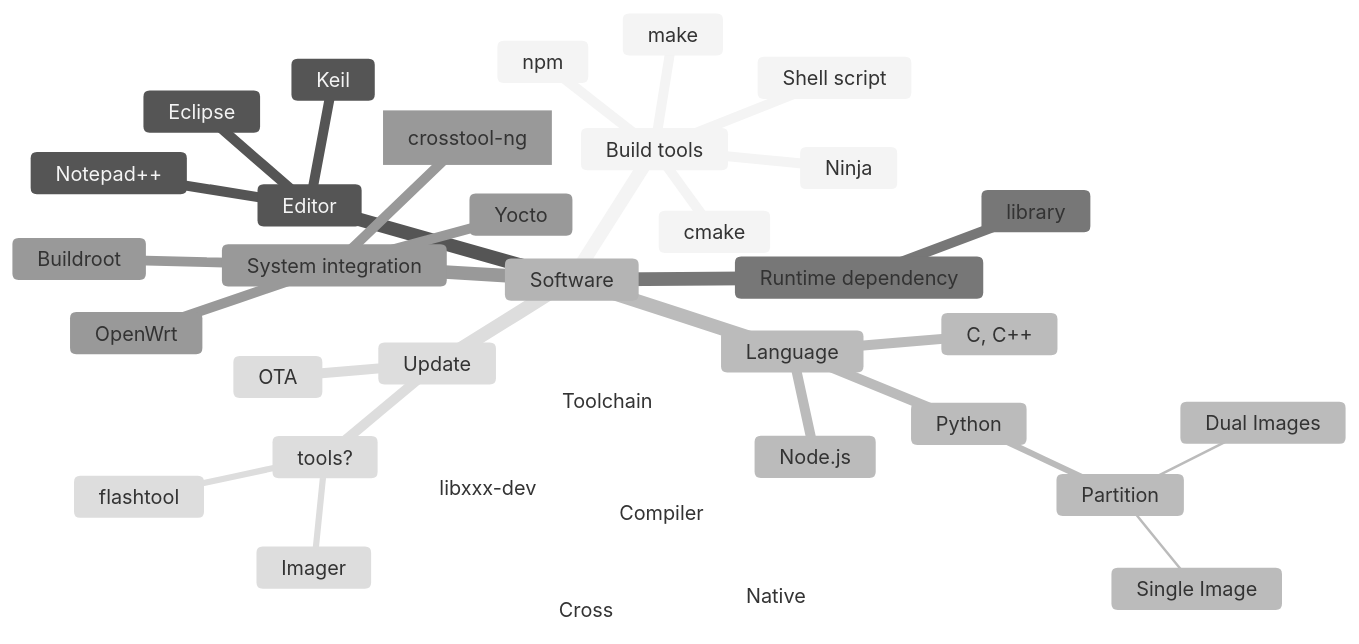
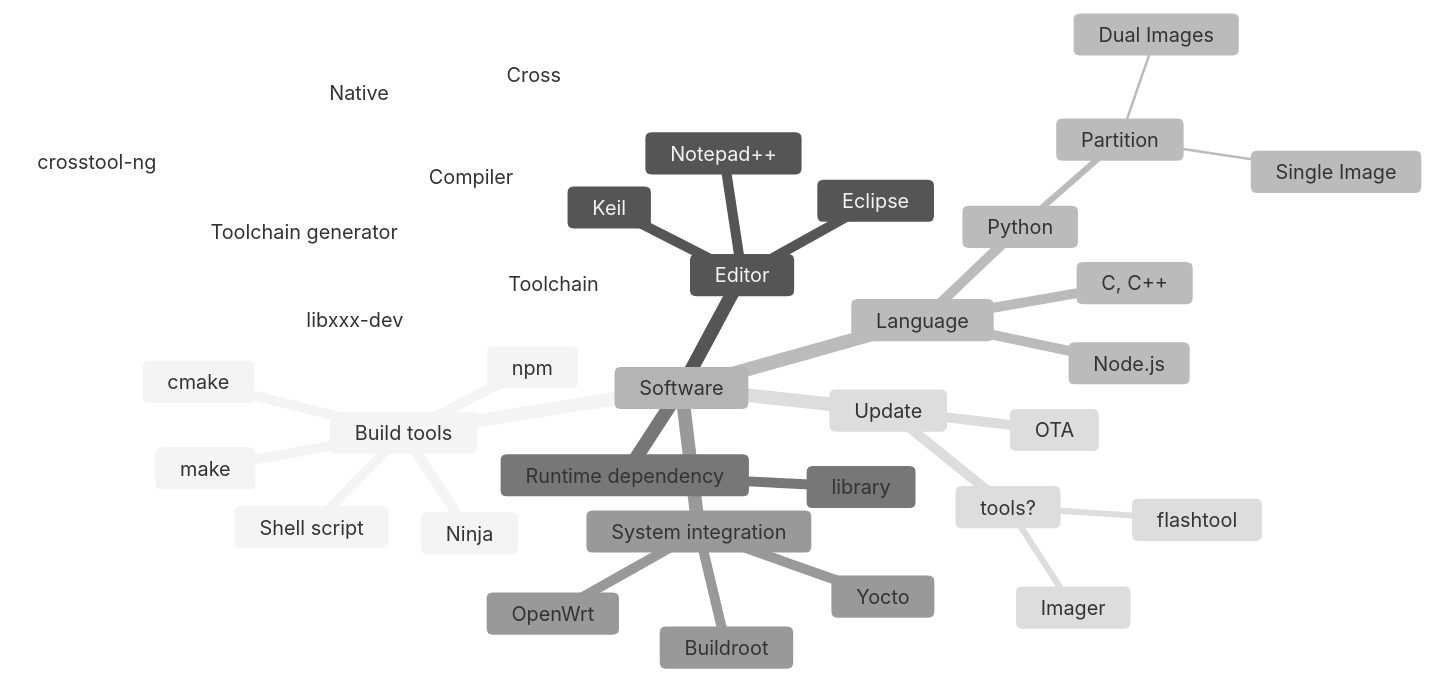
The third of 5 diagrams in helper_SDKAndCodebase.md (lankahsu520/HelperX), drawn with Mermaid (neutral theme) before and after one commit.

Commit message:
update helper_SDKAndCodebase.md, 1.2. Software

````diff
--- a/helper_SDKAndCodebase.md
+++ b/helper_SDKAndCodebase.md
@@ -86,38 +86,39 @@
 ```mermaid
 mindmap
 	Software
 		Build tools
 			make
 			cmake
 			Shell script
 			Ninja
 			npm
 		Editor
 			Notepad++
 			Keil
 			Eclipse
 		Language
 			C, C++
 			Node.js
 			Python
     Partition
       Dual Images
       Single Image
 		Runtime dependency
 			library
 		System integration
 			Buildroot
 			OpenWrt
 			Yocto
-			crosstool[crosstool-ng]
 		Update
       OTA
 			tools?
 				flashtool
 				Imager
 		Toolchain
+			Toolchain generator
+				crosstool[crosstool-ng]
 			Compiler
 				Cross
 				Native
 			[libxxx-dev]
 ```
````
